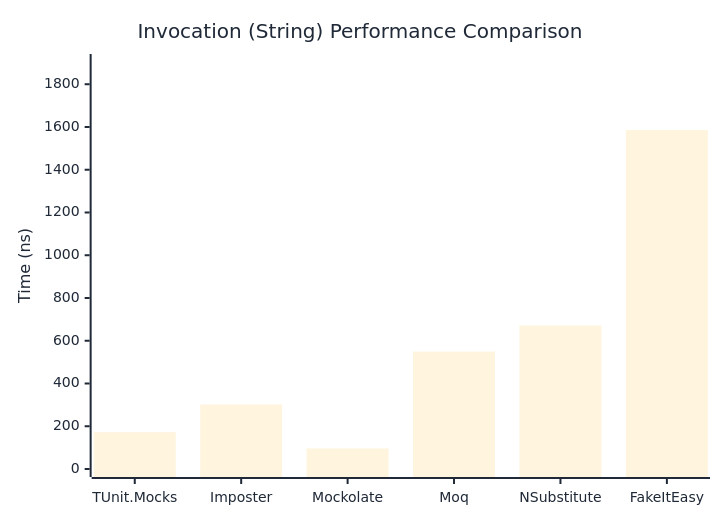
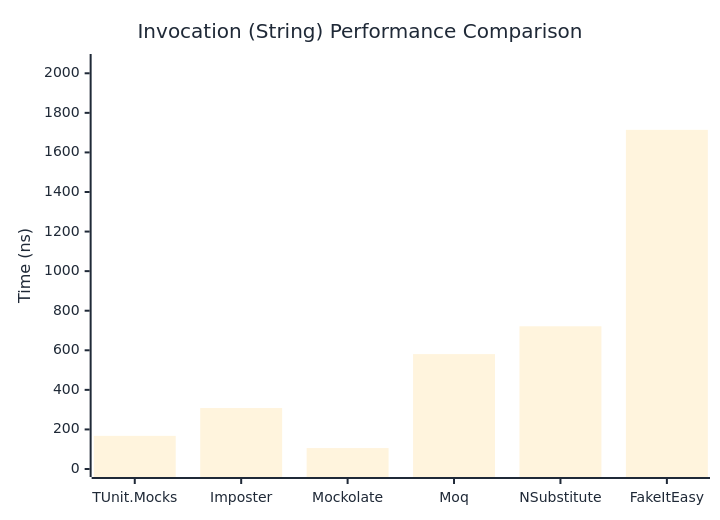
The second of 3 diagrams in docs/docs/benchmarks/mocks/Invocation.md (thomhurst/TUnit), drawn with Mermaid before and after one commit. The commit also changed other lines of this file and 14 other files, not shown here.

````diff
--- a/docs/docs/benchmarks/mocks/Invocation.md
+++ b/docs/docs/benchmarks/mocks/Invocation.md
@@ -71,27 +71,27 @@
 ```mermaid
 %%{init: {
   'theme':'base',
   'themeVariables': {
     'primaryColor': '#2563eb',
     'primaryTextColor': '#1f2937',
     'primaryBorderColor': '#1e40af',
     'lineColor': '#6b7280',
     'secondaryColor': '#7c3aed',
     'tertiaryColor': '#dc2626',
     'background': '#ffffff',
     'pie1': '#2563eb',
     'pie2': '#7c3aed',
     'pie3': '#dc2626',
     'pie4': '#f59e0b',
     'pie5': '#10b981',
     'pie6': '#06b6d4',
     'pie7': '#ec4899',
     'pie8': '#6366f1'
   }
 }}%%
 xychart-beta
   title "Invocation (String) Performance Comparison"
   x-axis ["TUnit.Mocks", "Imposter", "Mockolate", "Moq", "NSubstitute", "FakeItEasy"]
-  y-axis "Time (ns)" 0 --> 1904
-  bar [172.37, 301.87, 96.16, 549.31, 671.23, 1585.87]
+  y-axis "Time (ns)" 0 --> 2057
+  bar [167.5, 308.1, 105.8, 580.7, 721.4, 1714.1]
 ```
````
